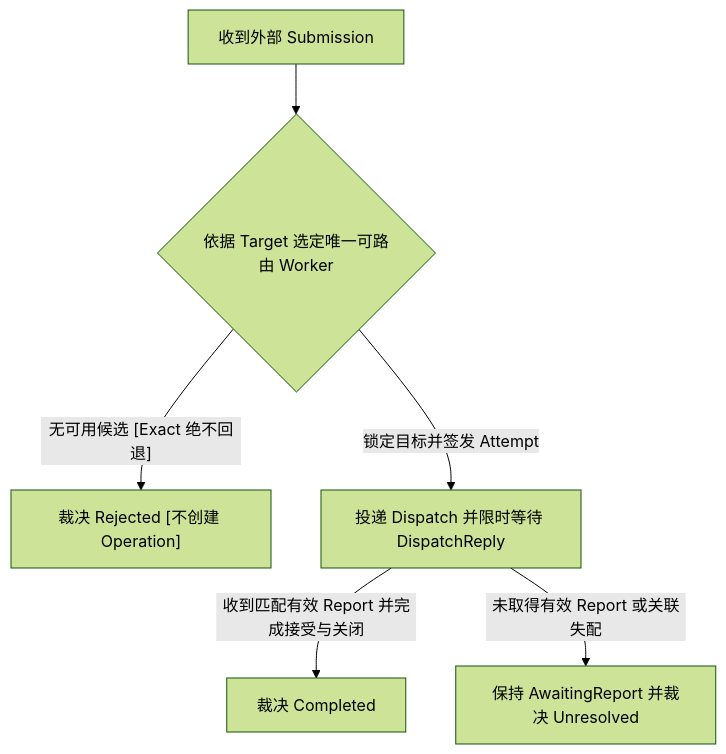
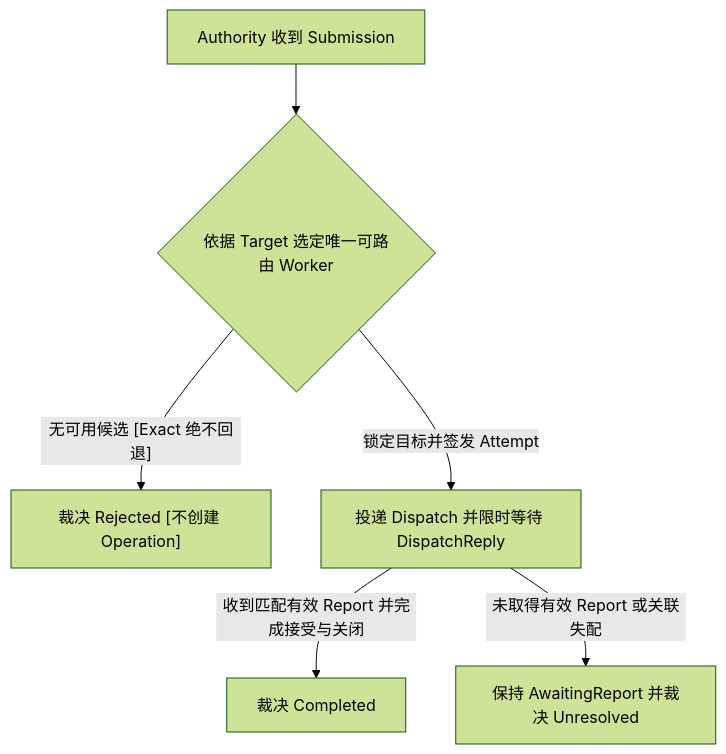
The diagram in spec/05-routing.md (Everfold/Beamlet), drawn with Mermaid (forest theme) before and after one commit. The commit also changed other lines of this file and 5 other files, not shown here.

Commit message:
docs(spec): remove queue wording and narrow proto/transport to Authority-Worker boundary

````diff
--- a/spec/05-routing.md
+++ b/spec/05-routing.md
@@ -9,8 +9,8 @@
 ```mermaid
 flowchart TD
-    Sub["收到外部 Submission"] --> Pick{"依据 Target 选定唯一可路由 Worker"}
+    Sub["Authority 收到 Submission"] --> Pick{"依据 Target 选定唯一可路由 Worker"}
     Pick -->|"无可用候选 [Exact 绝不回退]"| OutRej["裁决 Rejected [不创建 Operation]"]
     Pick -->|"锁定目标并签发 Attempt"| Disp["投递 Dispatch 并限时等待 DispatchReply"]
     Disp -->|"收到匹配有效 Report 并完成接受与关闭"| OutOk["裁决 Completed"]
     Disp -->|"未取得有效 Report 或关联失配"| OutUnres["保持 AwaitingReport 并裁决 Unresolved"]
 ```
````
